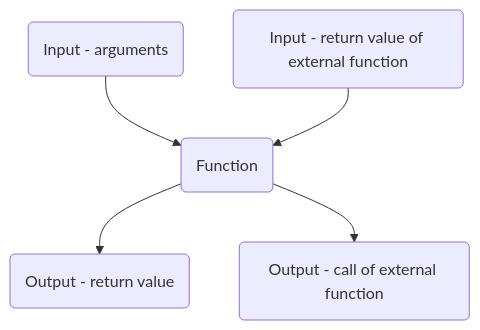
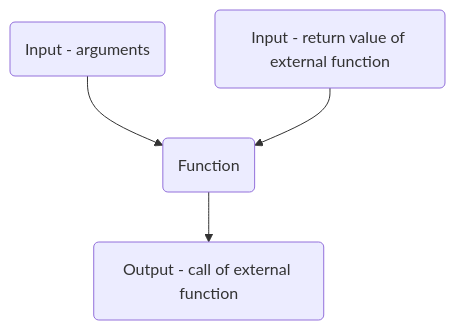
The third of 3 diagrams in README.md (berichte/ReactNativeTesting), drawn with Mermaid before and after one commit.

Commit message:
testing render issue on GH

````diff
--- a/README.md
+++ b/README.md
@@ -25,10 +25,10 @@
 ```mermaid
 graph TD
 %% Mocking side effects
 A(Input - arguments) --> B(Function)
-B --> C(Output - return value)
+%% B --> C(Output - return value)
 B --> E(Output - call of external function)
 F(Input - return value of external function) --> B
 %% B --> D(external function, e.g. API call)
 %% D --> B
 ```
````
